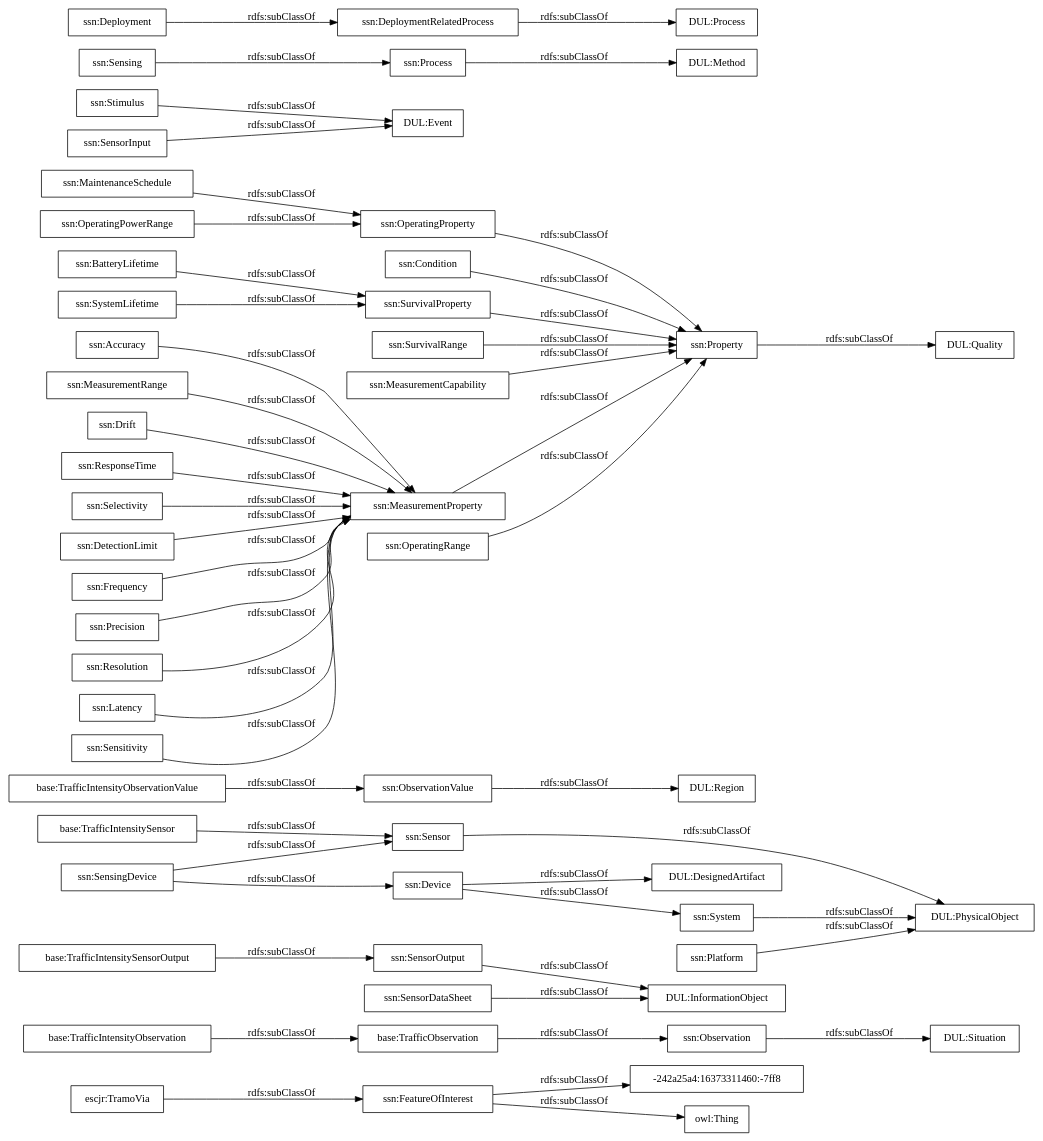
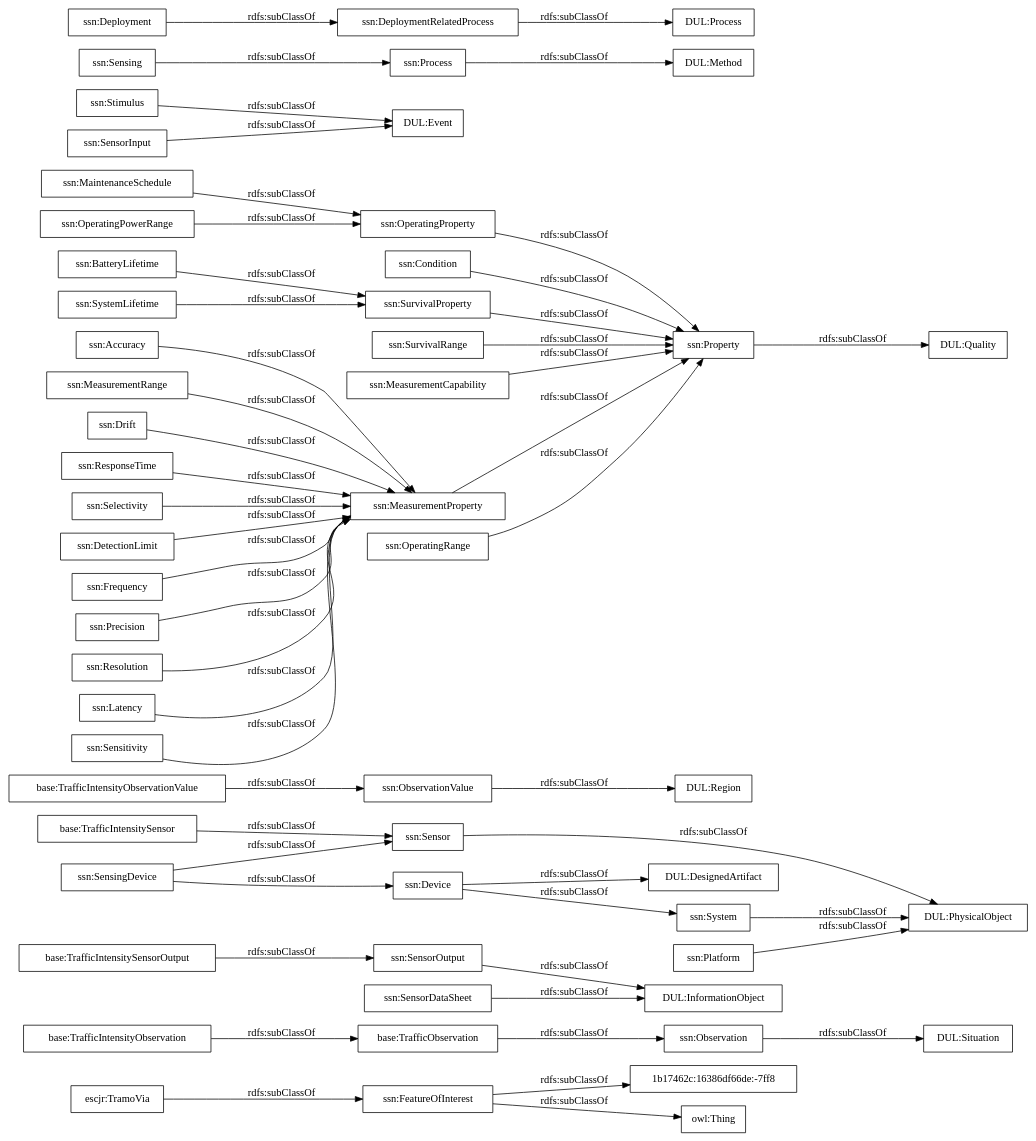
The diagram in OnToology/transporte-trafico-tiempo-real/trafico.owl/diagrams/ar2dtool-taxonomy/trafico.owl.png.dot (ma-garcia/visualization), drawn with Graphviz before and after one commit. The commit also changed 55 other files, not shown here.

```diff
--- a/OnToology/transporte-trafico-tiempo-real/trafico.owl/diagrams/ar2dtool-taxonomy/trafico.owl.png.dot
+++ b/OnToology/transporte-trafico-tiempo-real/trafico.owl/diagrams/ar2dtool-taxonomy/trafico.owl.png.dot
@@ -1,54 +1,54 @@
 digraph ar2dtool_diagram { 
 rankdir=LR;
 size="1000"
-node [shape = rectangle, color="black"]; "escjr:TramoVia" "base:TrafficObservation" "base:TrafficIntensitySensorOutput" "base:TrafficIntensitySensor" "base:TrafficIntensityObservationValue" "base:TrafficIntensityObservation" "-242a25a4:16373311460:-7ff8" "ssn:Accuracy" "ssn:DetectionLimit" "ssn:Frequency" "ssn:Condition" "DUL:Region" "DUL:Situation" "DUL:PhysicalObject" "ssn:SensorOutput" "ssn:Precision" "ssn:Resolution" "DUL:Quality" "ssn:FeatureOfInterest" "ssn:Sensor" "DUL:InformationObject" "ssn:OperatingProperty" "DUL:Event" "ssn:OperatingPowerRange" "DUL:Method" "ssn:MaintenanceSchedule" "ssn:Sensing" "ssn:Latency" "ssn:SurvivalRange" "ssn:SensingDevice" "DUL:DesignedArtifact" "ssn:Sensitivity" "ssn:Stimulus" "DUL:Process" "ssn:MeasurementRange" "ssn:System" "ssn:SystemLifetime" "ssn:Property" "ssn:MeasurementProperty" "ssn:Process" "ssn:Deployment" "ssn:MeasurementCapability" "ssn:BatteryLifetime" "ssn:Drift" "ssn:DeploymentRelatedProcess" "ssn:SensorInput" "ssn:ResponseTime" "ssn:ObservationValue" "ssn:SensorDataSheet" "ssn:Observation" "ssn:Selectivity" "ssn:SurvivalProperty" "ssn:Device" "ssn:OperatingRange" "ssn:Platform" ; /*classes style*/
+node [shape = rectangle, color="black"]; "escjr:TramoVia" "base:TrafficObservation" "base:TrafficIntensitySensorOutput" "base:TrafficIntensitySensor" "base:TrafficIntensityObservationValue" "base:TrafficIntensityObservation" "ssn:Accuracy" "ssn:DetectionLimit" "ssn:Frequency" "ssn:Condition" "DUL:Region" "DUL:Situation" "DUL:PhysicalObject" "ssn:SensorOutput" "ssn:Precision" "ssn:Resolution" "DUL:Quality" "ssn:FeatureOfInterest" "ssn:Sensor" "DUL:InformationObject" "ssn:OperatingProperty" "DUL:Event" "ssn:OperatingPowerRange" "DUL:Method" "ssn:MaintenanceSchedule" "ssn:Sensing" "ssn:Latency" "ssn:SurvivalRange" "ssn:SensingDevice" "DUL:DesignedArtifact" "ssn:Sensitivity" "ssn:Stimulus" "1b17462c:16386df66de:-7ff8" "DUL:Process" "ssn:MeasurementRange" "ssn:System" "ssn:SystemLifetime" "ssn:Property" "ssn:MeasurementProperty" "ssn:Process" "ssn:Deployment" "ssn:MeasurementCapability" "ssn:BatteryLifetime" "ssn:Drift" "ssn:DeploymentRelatedProcess" "ssn:SensorInput" "ssn:ResponseTime" "ssn:ObservationValue" "ssn:SensorDataSheet" "ssn:Observation" "ssn:Selectivity" "ssn:SurvivalProperty" "ssn:Device" "ssn:OperatingRange" "ssn:Platform" ; /*classes style*/
 	"ssn:Deployment" -> "ssn:DeploymentRelatedProcess" [ label = "rdfs:subClassOf" ];
 	"ssn:SensingDevice" -> "ssn:Sensor" [ label = "rdfs:subClassOf" ];
 	"ssn:SensingDevice" -> "ssn:Device" [ label = "rdfs:subClassOf" ];
 	"ssn:DeploymentRelatedProcess" -> "DUL:Process" [ label = "rdfs:subClassOf" ];
 	"ssn:Accuracy" -> "ssn:MeasurementProperty" [ label = "rdfs:subClassOf" ];
 	"ssn:FeatureOfInterest" -> "owl:Thing" [ label = "rdfs:subClassOf" ];
-	"ssn:FeatureOfInterest" -> "-242a25a4:16373311460:-7ff8" [ label = "rdfs:subClassOf" ];
+	"ssn:FeatureOfInterest" -> "1b17462c:16386df66de:-7ff8" [ label = "rdfs:subClassOf" ];
 	"ssn:Latency" -> "ssn:MeasurementProperty" [ label = "rdfs:subClassOf" ];
 	"base:TrafficIntensityObservation" -> "base:TrafficObservation" [ label = "rdfs:subClassOf" ];
 	"ssn:Process" -> "DUL:Method" [ label = "rdfs:subClassOf" ];
 	"ssn:Property" -> "DUL:Quality" [ label = "rdfs:subClassOf" ];
 	"ssn:MeasurementProperty" -> "ssn:Property" [ label = "rdfs:subClassOf" ];
 	"ssn:ResponseTime" -> "ssn:MeasurementProperty" [ label = "rdfs:subClassOf" ];
 	"ssn:OperatingRange" -> "ssn:Property" [ label = "rdfs:subClassOf" ];
 	"ssn:MeasurementRange" -> "ssn:MeasurementProperty" [ label = "rdfs:subClassOf" ];
 	"ssn:Stimulus" -> "DUL:Event" [ label = "rdfs:subClassOf" ];
 	"ssn:SurvivalProperty" -> "ssn:Property" [ label = "rdfs:subClassOf" ];
 	"base:TrafficIntensitySensorOutput" -> "ssn:SensorOutput" [ label = "rdfs:subClassOf" ];
 	"ssn:MaintenanceSchedule" -> "ssn:OperatingProperty" [ label = "rdfs:subClassOf" ];
 	"base:TrafficIntensitySensor" -> "ssn:Sensor" [ label = "rdfs:subClassOf" ];
 	"ssn:SensorInput" -> "DUL:Event" [ label = "rdfs:subClassOf" ];
 	"ssn:Sensitivity" -> "ssn:MeasurementProperty" [ label = "rdfs:subClassOf" ];
 	"ssn:Drift" -> "ssn:MeasurementProperty" [ label = "rdfs:subClassOf" ];
 	"ssn:System" -> "DUL:PhysicalObject" [ label = "rdfs:subClassOf" ];
 	"ssn:Resolution" -> "ssn:MeasurementProperty" [ label = "rdfs:subClassOf" ];
 	"ssn:Precision" -> "ssn:MeasurementProperty" [ label = "rdfs:subClassOf" ];
 	"escjr:TramoVia" -> "ssn:FeatureOfInterest" [ label = "rdfs:subClassOf" ];
 	"ssn:DetectionLimit" -> "ssn:MeasurementProperty" [ label = "rdfs:subClassOf" ];
 	"ssn:Sensor" -> "DUL:PhysicalObject" [ label = "rdfs:subClassOf" ];
 	"ssn:SensorDataSheet" -> "DUL:InformationObject" [ label = "rdfs:subClassOf" ];
 	"ssn:OperatingPowerRange" -> "ssn:OperatingProperty" [ label = "rdfs:subClassOf" ];
 	"ssn:ObservationValue" -> "DUL:Region" [ label = "rdfs:subClassOf" ];
 	"base:TrafficObservation" -> "ssn:Observation" [ label = "rdfs:subClassOf" ];
 	"ssn:Device" -> "DUL:DesignedArtifact" [ label = "rdfs:subClassOf" ];
 	"ssn:Device" -> "ssn:System" [ label = "rdfs:subClassOf" ];
 	"ssn:Platform" -> "DUL:PhysicalObject" [ label = "rdfs:subClassOf" ];
 	"ssn:OperatingProperty" -> "ssn:Property" [ label = "rdfs:subClassOf" ];
 	"ssn:Selectivity" -> "ssn:MeasurementProperty" [ label = "rdfs:subClassOf" ];
 	"ssn:BatteryLifetime" -> "ssn:SurvivalProperty" [ label = "rdfs:subClassOf" ];
 	"ssn:Observation" -> "DUL:Situation" [ label = "rdfs:subClassOf" ];
 	"ssn:Sensing" -> "ssn:Process" [ label = "rdfs:subClassOf" ];
 	"base:TrafficIntensityObservationValue" -> "ssn:ObservationValue" [ label = "rdfs:subClassOf" ];
 	"ssn:SystemLifetime" -> "ssn:SurvivalProperty" [ label = "rdfs:subClassOf" ];
 	"ssn:SurvivalRange" -> "ssn:Property" [ label = "rdfs:subClassOf" ];
 	"ssn:SensorOutput" -> "DUL:InformationObject" [ label = "rdfs:subClassOf" ];
 	"ssn:Frequency" -> "ssn:MeasurementProperty" [ label = "rdfs:subClassOf" ];
 	"ssn:Condition" -> "ssn:Property" [ label = "rdfs:subClassOf" ];
 	"ssn:MeasurementCapability" -> "ssn:Property" [ label = "rdfs:subClassOf" ];
 
 }
```
